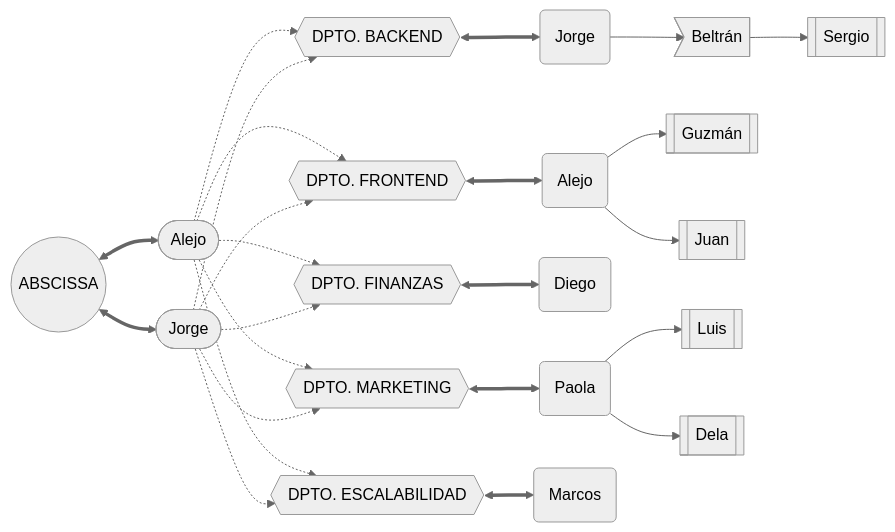
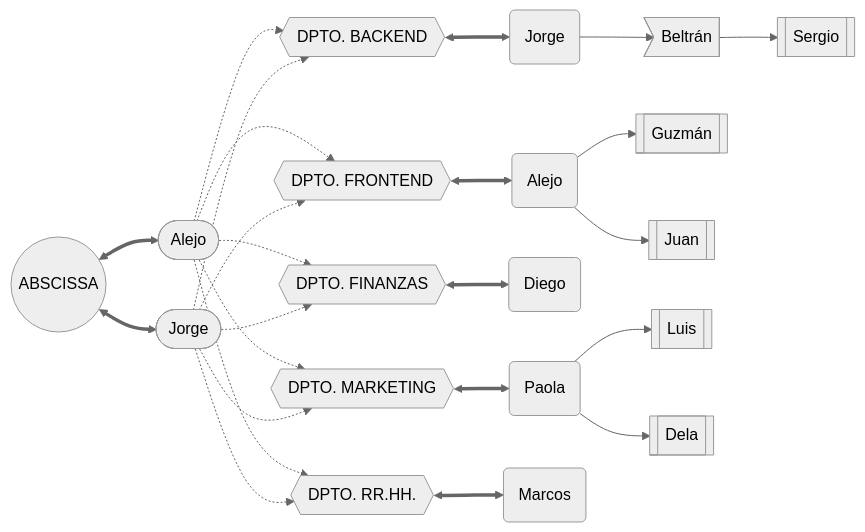
Before and after one commit to alejandro-vaz/abscissa: the diagram in abscissa.md, drawn with Mermaid (neutral theme). The commit also changed 15 other files, not shown here.

````diff
--- a/abscissa.md
+++ b/abscissa.md
@@ -73,7 +73,7 @@
 
     FINANZAS{{DPTO. FINANZAS}}
 
-    ESCALABILIDAD{{DPTO. ESCALABILIDAD}}
+    RRHH{{DPTO. RR.HH.}}
 
     MARKETING{{DPTO. MARKETING}}
 
@@ -95,7 +95,7 @@
 
     alejo1 -.-> BACKEND
 
-    alejo1 -.-> ESCALABILIDAD
+    alejo1 -.-> RRHH
 
     jorge1 -.-> FRONTEND
 
@@ -105,7 +105,7 @@
 
     jorge1 -.-> BACKEND
 
-    jorge1 -.-> ESCALABILIDAD
+    jorge1 -.-> RRHH
 
 
 
@@ -137,6 +137,6 @@
 
 
 
-    ESCALABILIDAD <==> marcos
+    RRHH <==> marcos
 
 ```
````
